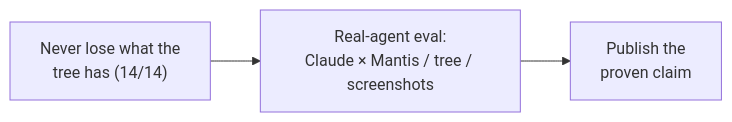
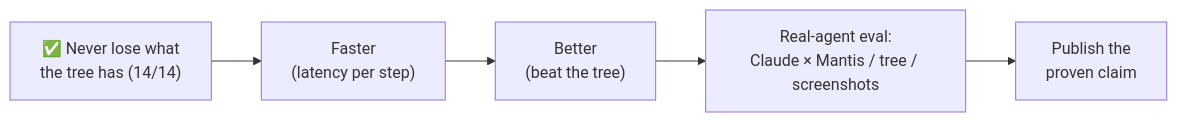
Before and after one commit to adi-devv/mantis: the fifth of 5 diagrams in docs/APPROACH.md, drawn with Mermaid. The commit also changed other lines of this file and 1 other file, not shown here.

Commit message:
docs: roadmap for faster and better before the real-agent eval

````diff
--- a/docs/APPROACH.md
+++ b/docs/APPROACH.md
@@ -163,4 +163,4 @@
 ```mermaid
 flowchart LR
-    A["Never lose what the<br/>tree has (14/14)"] --> B["Real-agent eval:<br/>Claude × Mantis / tree / screenshots"] --> C["Publish the<br/>proven claim"]
+    A["✅ Never lose what<br/>the tree has (14/14)"] --> B["Faster<br/>(latency per step)"] --> C["Better<br/>(beat the tree)"] --> D["Real-agent eval:<br/>Claude × Mantis / tree / screenshots"] --> E["Publish the<br/>proven claim"]
 ```
````
